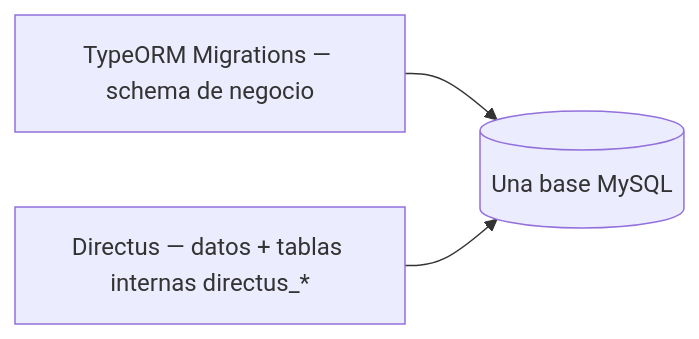
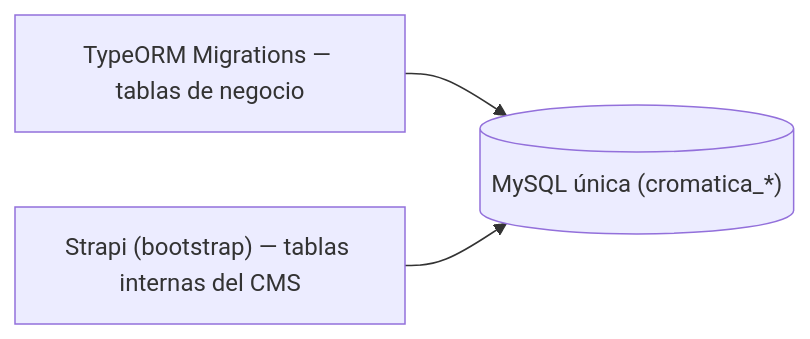
One commit to cromaticacreativa/project-cromaticacreativa-web changed the sixth of 6 diagrams in README.md. Above: the diagram before and after it, drawn with Mermaid. The commit also changed other lines of this file and 90 other files, not shown here.

````diff
--- a/README.md
+++ b/README.md
@@ -189,5 +199,5 @@
 ```mermaid
 flowchart LR
-    typeorm["TypeORM Migrations — schema de negocio"] --> mysql[("Una base MySQL")]
-    directus["Directus — datos + tablas internas directus_*"] --> mysql
+    typeorm["TypeORM Migrations — tablas de negocio"] --> mysql[("MySQL única (cromatica_*)")]
+    strapi["Strapi (bootstrap) — tablas internas del CMS"] --> mysql
 ```
````
